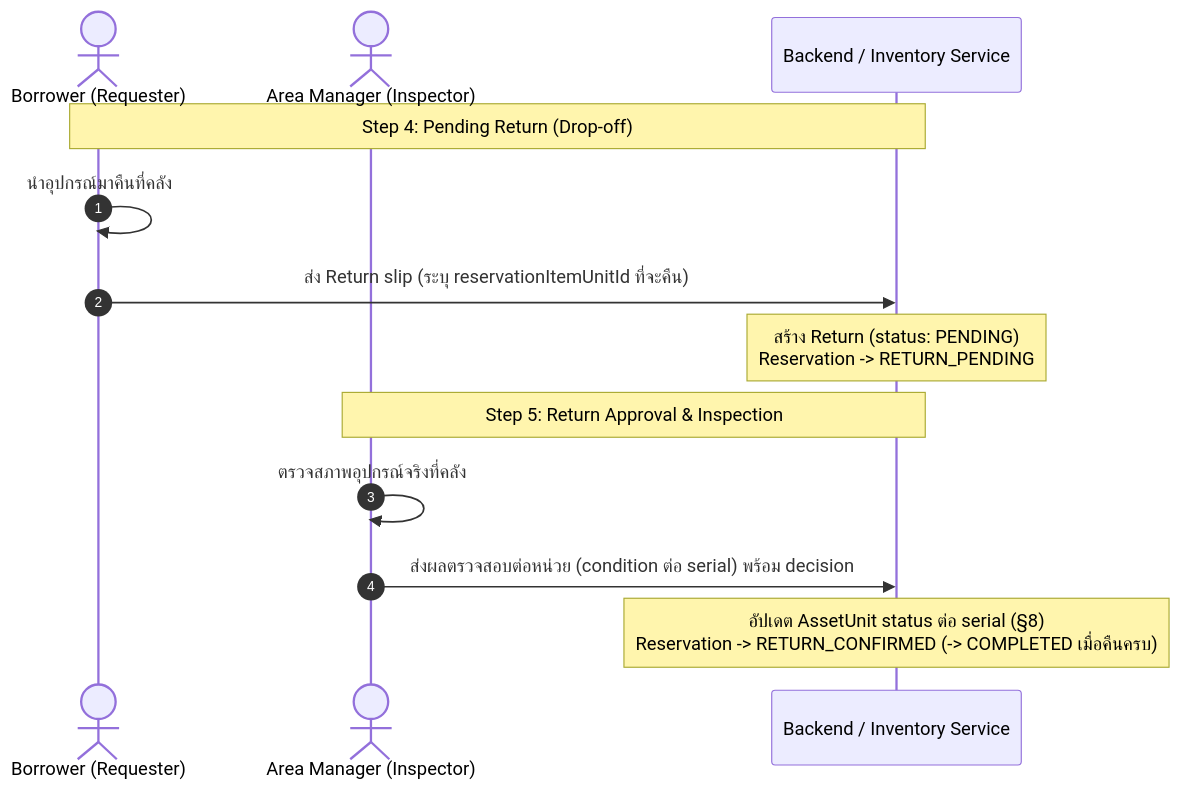
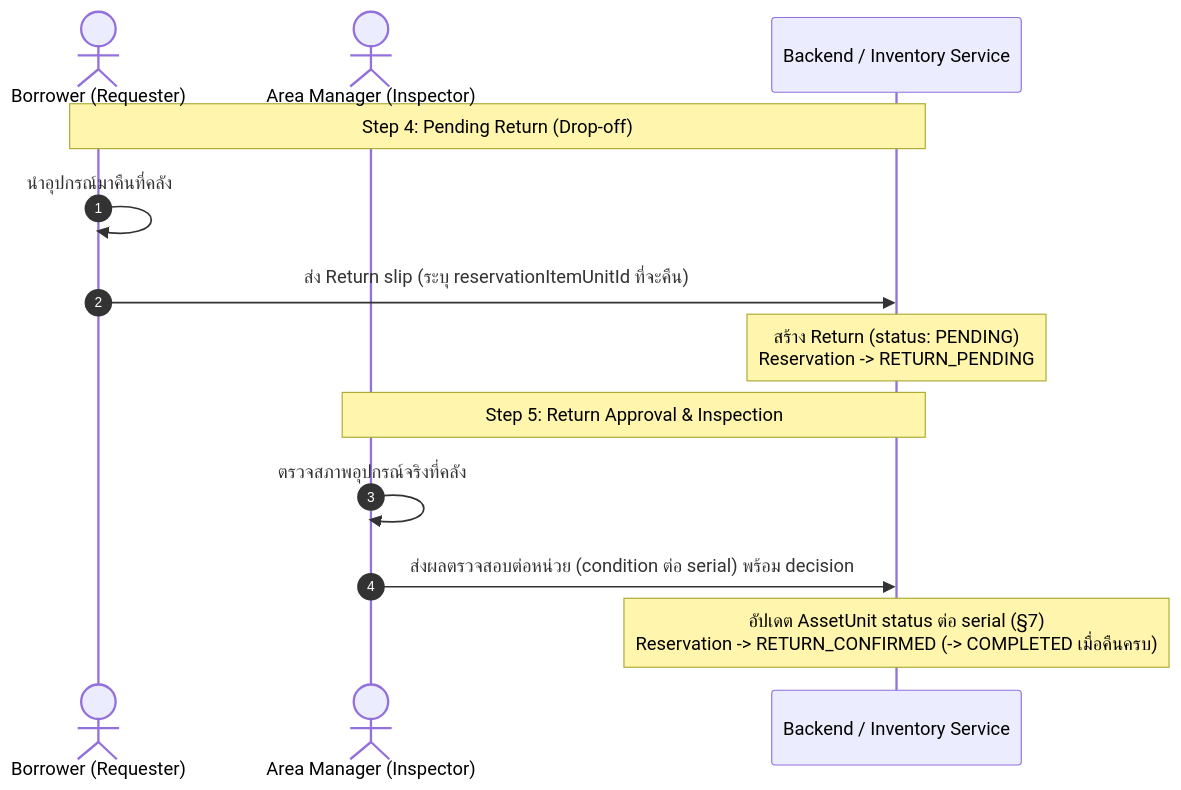
The fourth of 4 diagrams in docs/software_spec/lifecycle-and-state-machines.md (Faiisu/asset-reserve), drawn with Mermaid before and after one commit. The commit also changed other lines of this file and 23 other files, not shown here.

````diff
--- a/docs/software_spec/lifecycle-and-state-machines.md
+++ b/docs/software_spec/lifecycle-and-state-machines.md
@@ -122,17 +118,17 @@
 ```mermaid
 sequenceDiagram
     autonumber
     actor Borrower as Borrower (Requester)
     actor Manager as Area Manager (Inspector)
     participant System as Backend / Inventory Service
 
     Note over Borrower,System: Step 4: Pending Return (Drop-off)
     Borrower->>Borrower: นำอุปกรณ์มาคืนที่คลัง
     Borrower->>System: ส่ง Return slip (ระบุ reservationItemUnitId ที่จะคืน)
     Note over System: สร้าง Return (status: PENDING)<br/>Reservation -> RETURN_PENDING
 
     Note over Manager,System: Step 5: Return Approval & Inspection
     Manager->>Manager: ตรวจสภาพอุปกรณ์จริงที่คลัง
     Manager->>System: ส่งผลตรวจสอบต่อหน่วย (condition ต่อ serial) พร้อม decision
-    Note over System: อัปเดต AssetUnit status ต่อ serial (§8)<br/>Reservation -> RETURN_CONFIRMED (-> COMPLETED เมื่อคืนครบ)
+    Note over System: อัปเดต AssetUnit status ต่อ serial (§7)<br/>Reservation -> RETURN_CONFIRMED (-> COMPLETED เมื่อคืนครบ)
 ```
````
